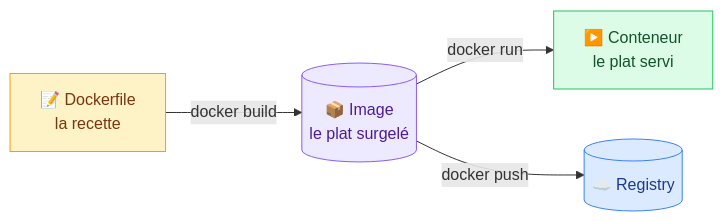
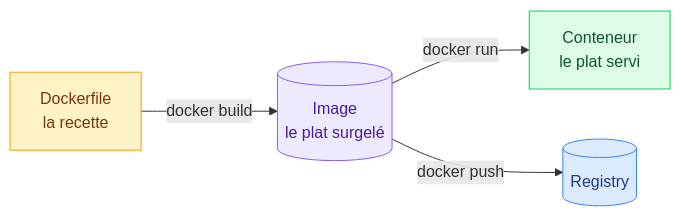
The first of 4 diagrams in methodologie-securite-it/docker/04-dockerfile.md (GoobyWoobies/HEIA-IT), drawn with Mermaid before and after one commit. The commit also changed other lines of this file and 24 other files, not shown here.

````diff
--- a/methodologie-securite-it/docker/04-dockerfile.md
+++ b/methodologie-securite-it/docker/04-dockerfile.md
@@ -30,11 +30,11 @@
 ```mermaid
 flowchart LR
-    DF["📝 Dockerfile<br/>la recette"] -->|"docker build"| IMG[("📦 Image<br/>le plat surgelé")]
-    IMG -->|"docker run"| CT["▶️ Conteneur<br/>le plat servi"]
-    IMG -->|"docker push"| REG[("☁️ Registry")]
+    DF["Dockerfile<br/>la recette"] -->|"docker build"| IMG[("Image<br/>le plat surgelé")]
+    IMG -->|"docker run"| CT["Conteneur<br/>le plat servi"]
+    IMG -->|"docker push"| REG[("Registry")]
 
     style DF fill:#fef3c7,stroke:#f59e0b,color:#78350f
     style IMG fill:#ede9fe,stroke:#8b5cf6,color:#4c1d95
     style CT fill:#dcfce7,stroke:#22c55e,color:#14532d
     style REG fill:#dbeafe,stroke:#3b82f6,color:#1e3a8a
 ```
````
